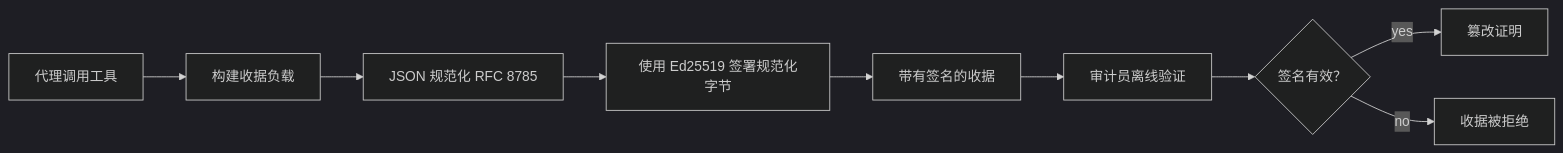
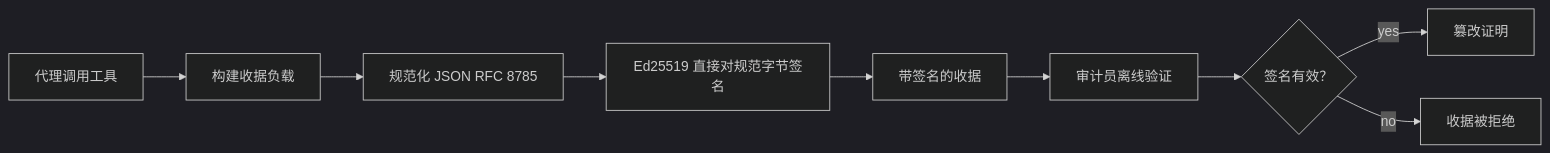
The first of 2 diagrams in mirrors/repos/microsoft@ai-agents-for-beginners/translations/zh-CN/18-securing-ai-agents/README.md (gabrielmoreira/agent-skills-mirror), drawn with Mermaid (dark theme) before and after one commit. The commit also changed other lines of this file and 4470 other files, not shown here.

````diff
--- a/mirrors/repos/microsoft@ai-agents-for-beginners/translations/zh-CN/18-securing-ai-agents/README.md
+++ b/mirrors/repos/microsoft@ai-agents-for-beginners/translations/zh-CN/18-securing-ai-agents/README.md
@@ -51,11 +51,11 @@
 ```mermaid
 flowchart LR
     A[代理调用工具] --> B[构建收据负载]
-    B --> C[JSON 规范化 RFC 8785]
-    C --> E[使用 Ed25519 签署规范化字节]
-    E --> F[带有签名的收据]
+    B --> C[规范化 JSON RFC 8785]
+    C --> E[Ed25519 直接对规范字节签名]
+    E --> F[带签名的收据]
     F --> G[审计员离线验证]
     G --> H{签名有效？}
     H -- yes --> I[篡改证明]
     H -- no --> J[收据被拒绝]
 ```
````
